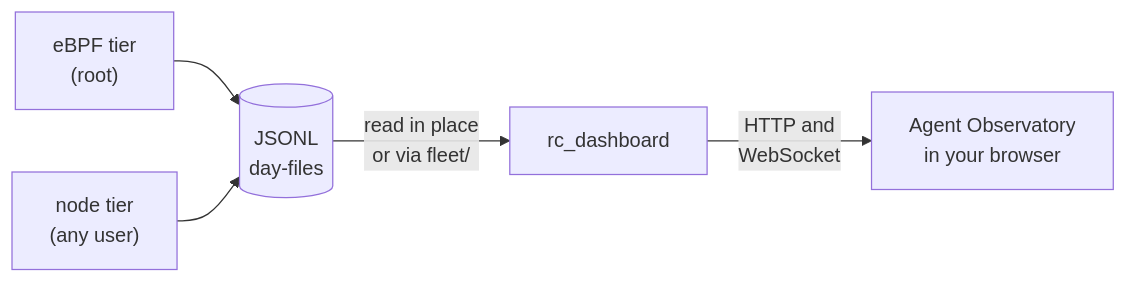
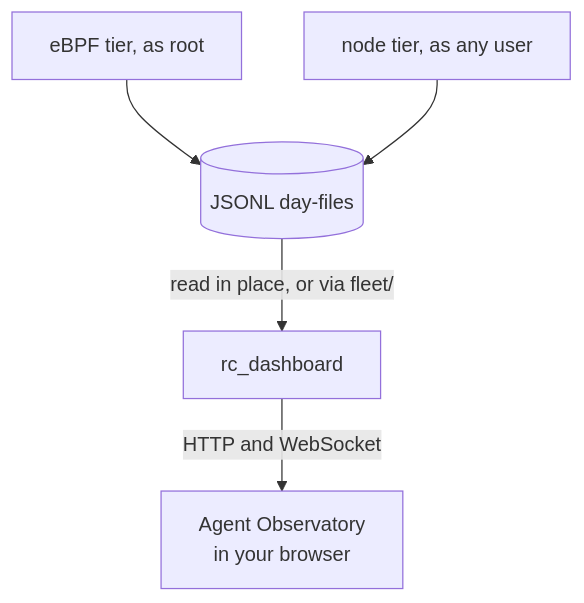
Before and after one commit to HarvardMadSys/agentic-hpc-dashboard: the diagram in README.md, drawn with Mermaid.

Commit message:
Docs: the README's diagram narrow and centered, clear of GitHub's controls
GitHub draws its zoom and pan buttons over the bottom right of every
mermaid diagram, always, not on hover: on one row the diagram filled the
column's width, and the buttons covered its last box. Top to bottom with
one-line labels, it is two boxes wide and centered, its lowest boxes stay
in the middle of the column, and the buttons sit over empty space.

Claude-Session: https://claude.ai/code/session_015VD7L9piUuWbMR1Lnquq5K

````diff
--- a/README.md
+++ b/README.md
@@ -39,7 +39,7 @@
 ```mermaid
-flowchart LR
-    ebpf["eBPF tier<br/>(root)"] --> files
-    nodetier["node tier<br/>(any user)"] --> files
-    files[("JSONL<br/>day-files")] -->|"read in place<br/>or via fleet/"| svc["rc_dashboard"]
-    svc -->|"HTTP and<br/>WebSocket"| page["Agent Observatory<br/>in your browser"]
+flowchart TB
+    ebpf["eBPF tier, as root"] --> files
+    nodetier["node tier, as any user"] --> files
+    files[("JSONL day-files")] -->|"read in place, or via fleet/"| svc["rc_dashboard"]
+    svc -->|"HTTP and WebSocket"| page["Agent Observatory<br/>in your browser"]
 ```
````
